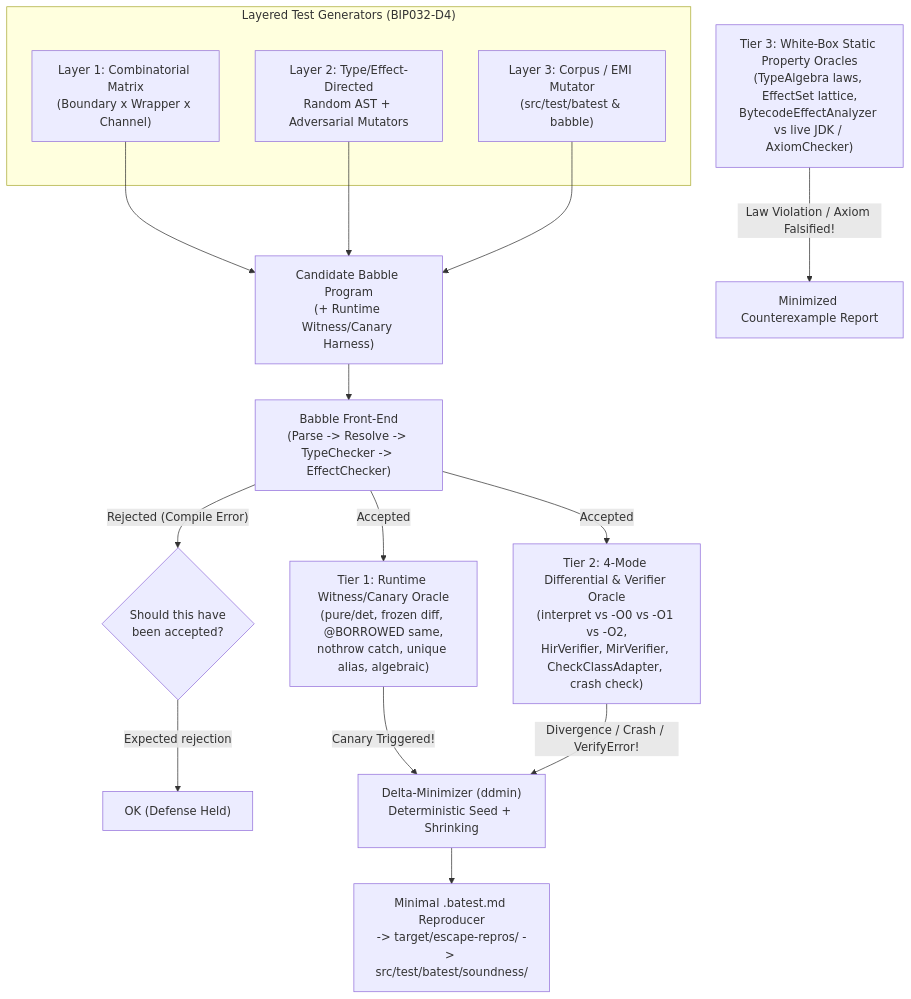
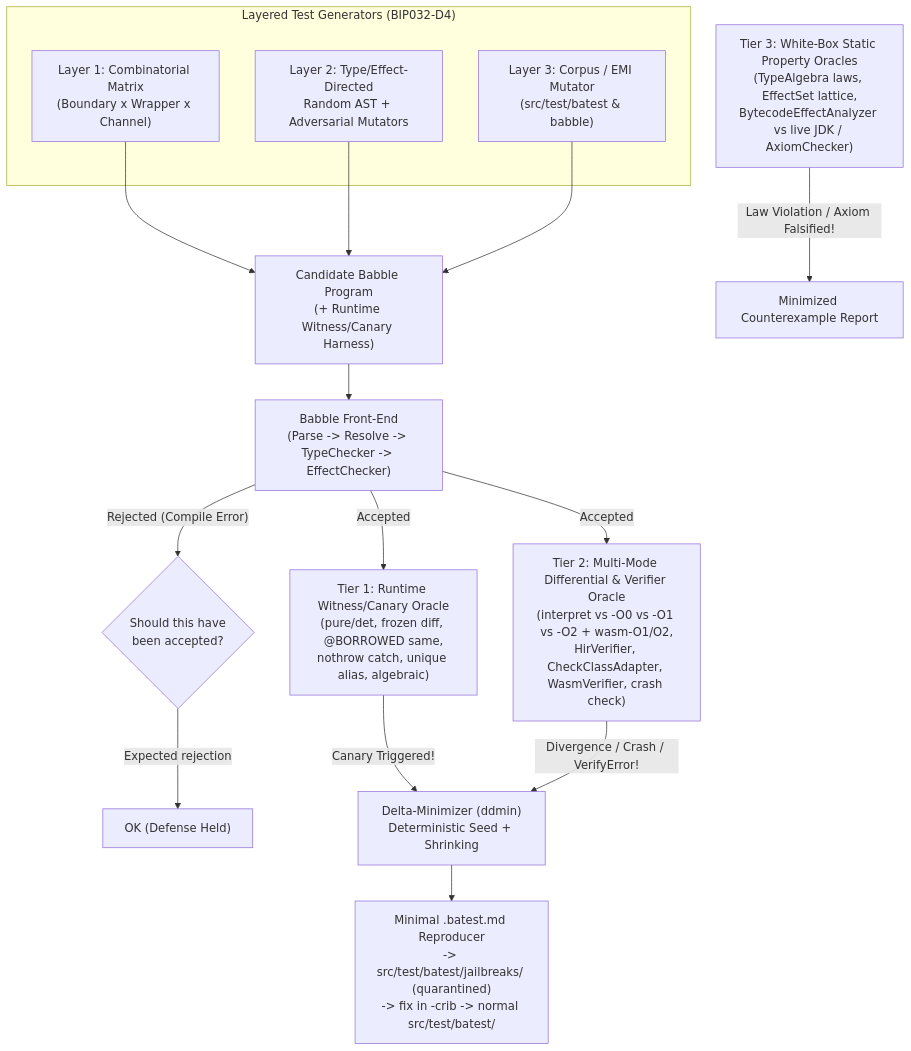
Before and after one commit to nlehuen/babble: the second of 3 diagrams in docs/design/bip032_the-great-escape.md, drawn with Mermaid. The commit also changed other lines of this file and 1 other file, not shown here.

Commit message:
BIP032 : integrate BIP041 -crib jailbreaking workflow, jailbreaks quarantine, and CTF rules of engagement

````diff
--- a/docs/design/bip032_the-great-escape.md
+++ b/docs/design/bip032_the-great-escape.md
@@ -227,24 +238,24 @@
 ```mermaid
 flowchart TD
     subgraph Generators["Layered Test Generators (BIP032-D4)"]
         G1["Layer 1: Combinatorial Matrix\n(Boundary x Wrapper x Channel)"]
         G2["Layer 2: Type/Effect-Directed\nRandom AST + Adversarial Mutators"]
         G3["Layer 3: Corpus / EMI Mutator\n(src/test/batest & babble)"]
     end
 
     G1 & G2 & G3 --> Prog["Candidate Babble Program\n(+ Runtime Witness/Canary Harness)"]
     Prog --> Front["Babble Front-End\n(Parse -> Resolve -> TypeChecker -> EffectChecker)"]
 
     Front -->|"Rejected (Compile Error)"| NegCheck{"Should this have\nbeen accepted?"}
     NegCheck -->|"Expected rejection"| Pass1["OK (Defense Held)"]
 
     Front -->|"Accepted"| T1["Tier 1: Runtime Witness/Canary Oracle\n(pure/det, frozen diff, @BORROWED same,\nnothrow catch, unique alias, algebraic)"]
-    Front -->|"Accepted"| T2["Tier 2: 4-Mode Differential & Verifier Oracle\n(interpret vs -O0 vs -O1 vs -O2,\nHirVerifier, MirVerifier, CheckClassAdapter, crash check)"]
+    Front -->|"Accepted"| T2["Tier 2: Multi-Mode Differential & Verifier Oracle\n(interpret vs -O0 vs -O1 vs -O2 + wasm-O1/O2,\nHirVerifier, CheckClassAdapter, WasmVerifier, crash check)"]
 
     T3["Tier 3: White-Box Static Property Oracles\n(TypeAlgebra laws, EffectSet lattice,\nBytecodeEffectAnalyzer vs live JDK / AxiomChecker)"]
 
     T1 -->|"Canary Triggered!"| Min["Delta-Minimizer (ddmin)\nDeterministic Seed + Shrinking"]
     T2 -->|"Divergence / Crash / VerifyError!"| Min
     T3 -->|"Law Violation / Axiom Falsified!"| Report["Minimized Counterexample Report"]
-    Min --> Repro["Minimal .batest.md Reproducer\n-> target/escape-repros/ -> src/test/batest/soundness/"]
+    Min --> Repro["Minimal .batest.md Reproducer\n-> src/test/batest/jailbreaks/ (quarantined)\n-> fix in -crib -> normal src/test/batest/"]
 ```
````
